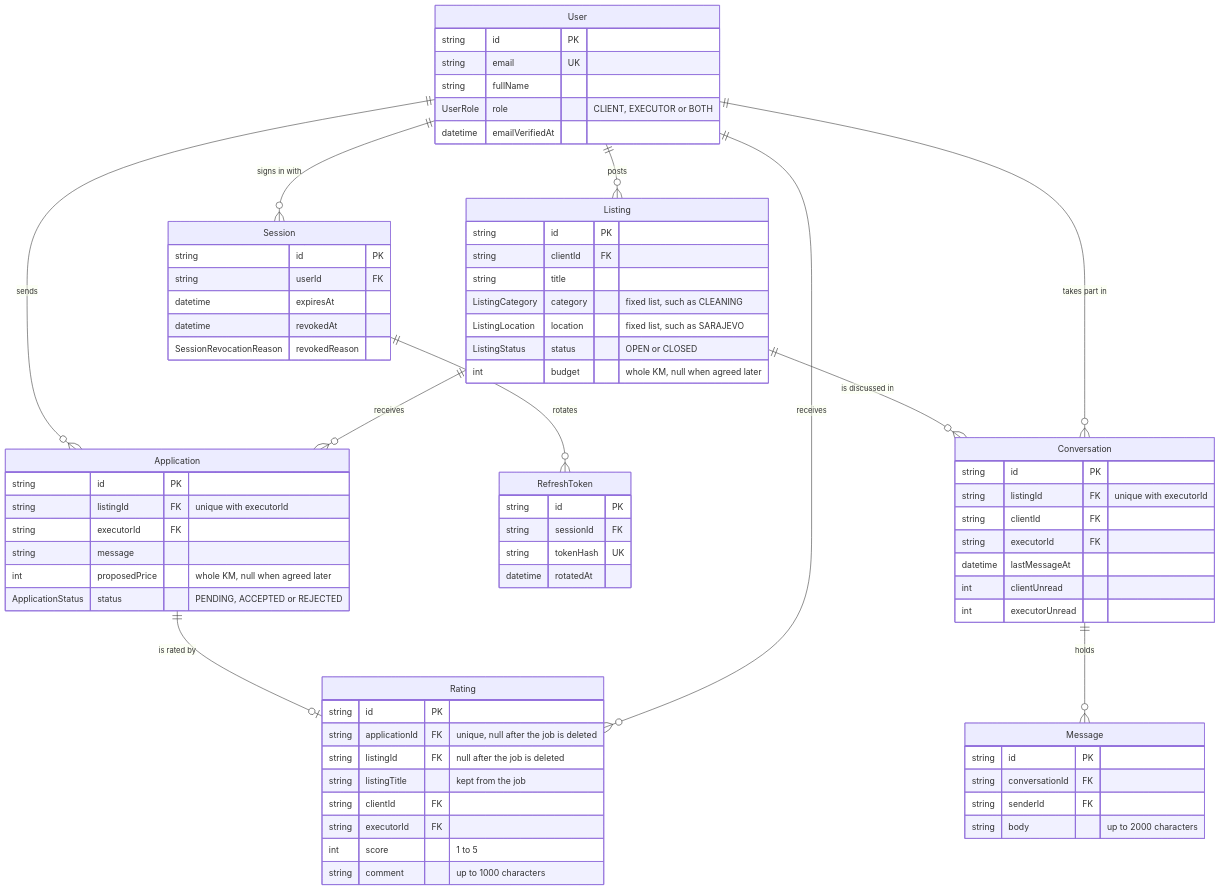
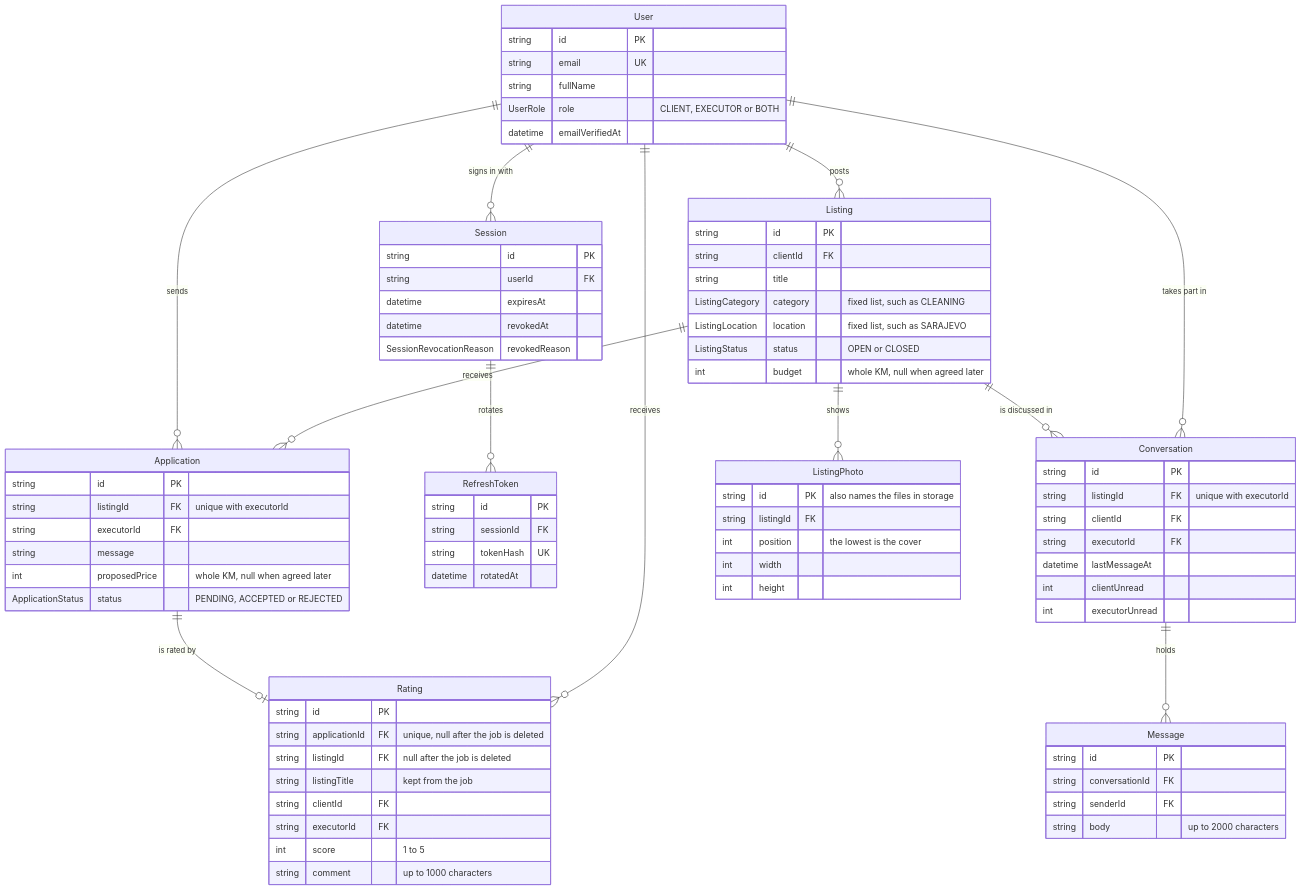
One commit to Muhamed2805/SaStrane changed the third of 3 diagrams in README.md. Above: the diagram before and after it, drawn with Mermaid. The commit also changed other lines of this file and 52 other files, not shown here.

````diff
--- a/README.md
+++ b/README.md
@@ -214,6 +223,7 @@
   Conversation ||--o{ Message : holds
   Application ||--o| Rating : "is rated by"
   User ||--o{ Rating : receives
+  Listing ||--o{ ListingPhoto : shows
 
   User {
     string id PK
@@ -277,4 +287,11 @@
     int score "1 to 5"
     string comment "up to 1000 characters"
   }
+  ListingPhoto {
+    string id PK "also names the files in storage"
+    string listingId FK
+    int position "the lowest is the cover"
+    int width
+    int height
+  }
 ```
````
